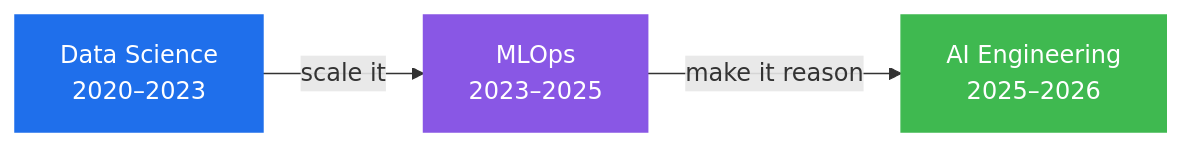
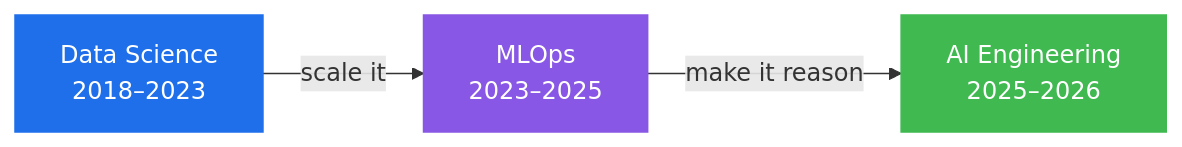
One commit to nasserboan/nasserboan changed the diagram in README.md. Above: the diagram before and after it, drawn with Mermaid. The commit also changed other lines of this file, not shown here.

````diff
--- a/README.md
+++ b/README.md
@@ -22,8 +22,8 @@
 ```mermaid
 flowchart LR
-    DS["Data Science<br/>2020–2023"] -->|scale it| MLOps["MLOps<br/>2023–2025"]
+    DS["Data Science<br/>2018–2023"] -->|scale it| MLOps["MLOps<br/>2023–2025"]
     MLOps -->|make it reason| AI["AI Engineering<br/>2025–2026"]
     style DS fill:#1f6feb,stroke:#1f6feb,color:#fff
     style MLOps fill:#8957e5,stroke:#8957e5,color:#fff
     style AI fill:#3fb950,stroke:#3fb950,color:#fff
 ```
````
